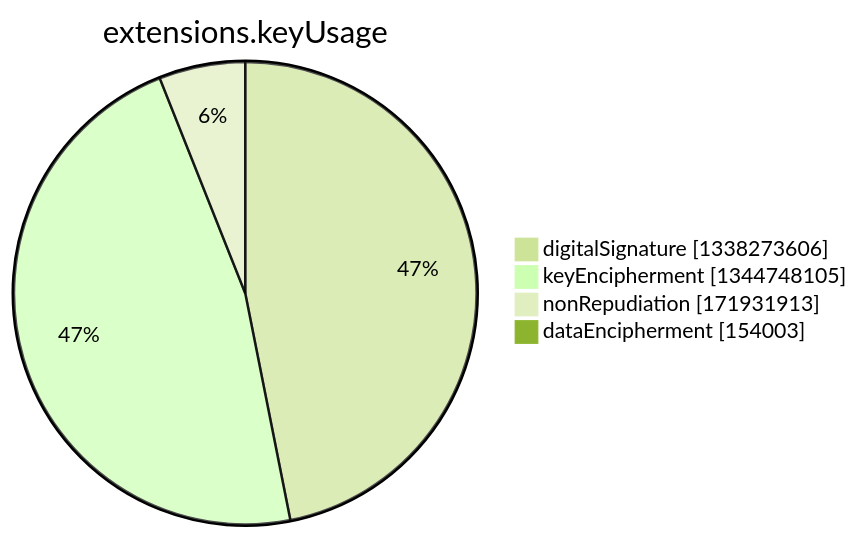
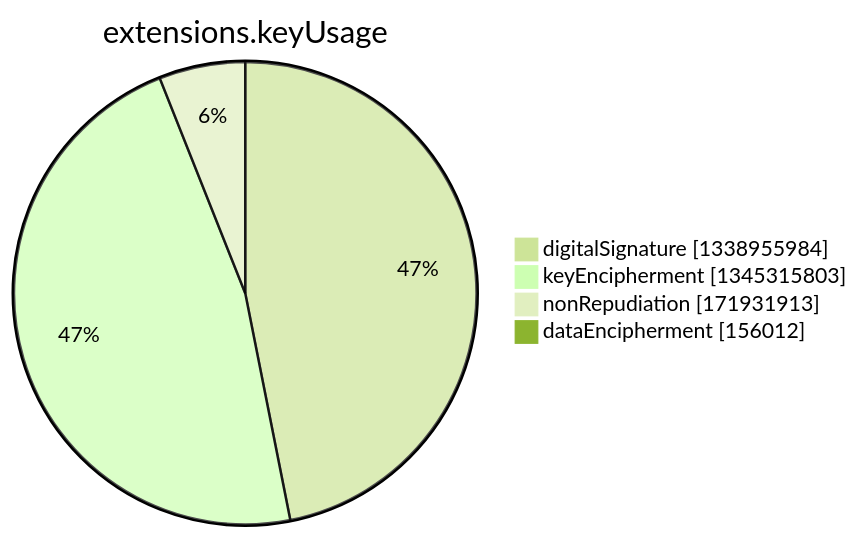
Before and after one commit to christiankrug/ctmonitor_visualization: the seventh of 15 diagrams in argon2022/README.md, drawn with Mermaid (forest theme). The commit also changed other lines of this file, not shown here.

````diff
--- a/argon2022/README.md
+++ b/argon2022/README.md
@@ -2750,8 +2750,8 @@
 ```mermaid
 pie showData
 title extensions.keyUsage
-"digitalSignature" :1338273606
-"keyEncipherment" :1344748105
+"digitalSignature" :1338955984
+"keyEncipherment" :1345315803
 "nonRepudiation" :171931913
-"dataEncipherment" :154003
+"dataEncipherment" :156012
 ```
````
